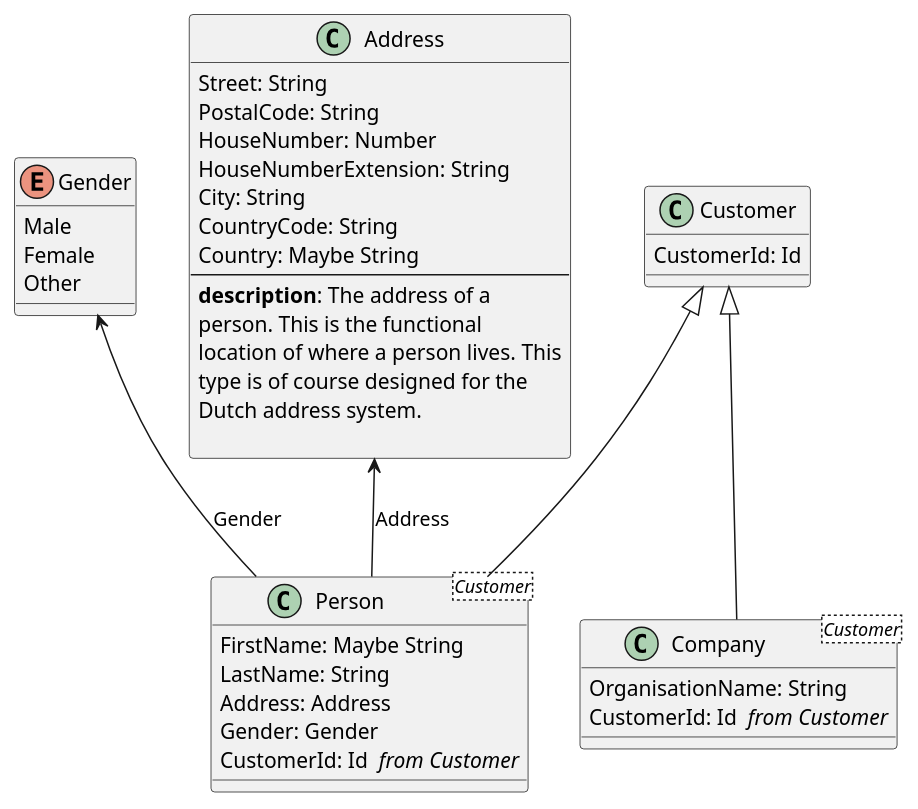
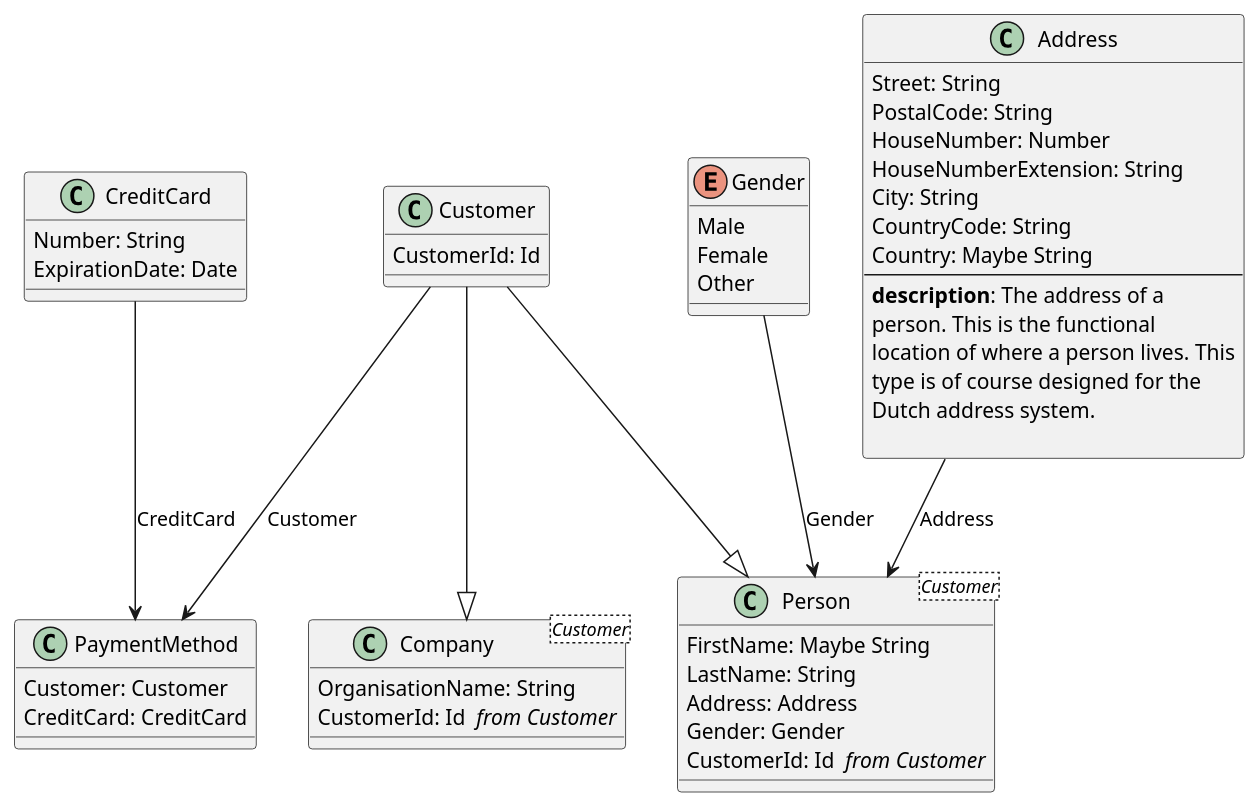
The diagram in Examples/.out/v0.0.1/Customer/Customer.puml (Baudin999/car-lang), drawn with PlantUML before and after one commit. The commit also changed 50 other files, not shown here.

```diff
--- a/Examples/.out/v0.0.1/Customer/Customer.puml
+++ b/Examples/.out/v0.0.1/Customer/Customer.puml
@@ -1,40 +1,50 @@
+class "CreditCard" as CreditCard  {
+	Number: String 
+	ExpirationDate: Date 
+}
 enum Gender {
 	Male
 	Female
 	Other
 
 }
 class "Address" as Address  {
 	Street: String 
 	PostalCode: String 
 	HouseNumber: Number 
 	HouseNumberExtension: String 
 	City: String 
 	CountryCode: String 
 	Country: Maybe String
 --
   <b>description</b>: The address of a
  person. This is the functional
  location of where a person lives. This
  type is of course designed for the
  Dutch address system.
     
 }
 class "Person " as Person <Customer> {
 	FirstName: Maybe String
 	LastName: String 
 	Address: Address 
 	Gender: Gender 
 	CustomerId: Id  <i>from Customer</i>
 }
-Address <-- Person : Address
-Gender <-- Person : Gender
-Customer <|-- Person
+Address --> Person : Address
+Gender --> Person : Gender
+Customer --|> Person
+class "PaymentMethod" as PaymentMethod  {
+	Customer: Customer 
+	CreditCard: CreditCard 
+}
+Customer --> PaymentMethod : Customer
+CreditCard --> PaymentMethod : CreditCard
 class "Company " as Company <Customer> {
 	OrganisationName: String 
 	CustomerId: Id  <i>from Customer</i>
 }
-Customer <|-- Company
+Customer --|> Company
 class "Customer" as Customer  {
 	CustomerId: Id 
 }
```
